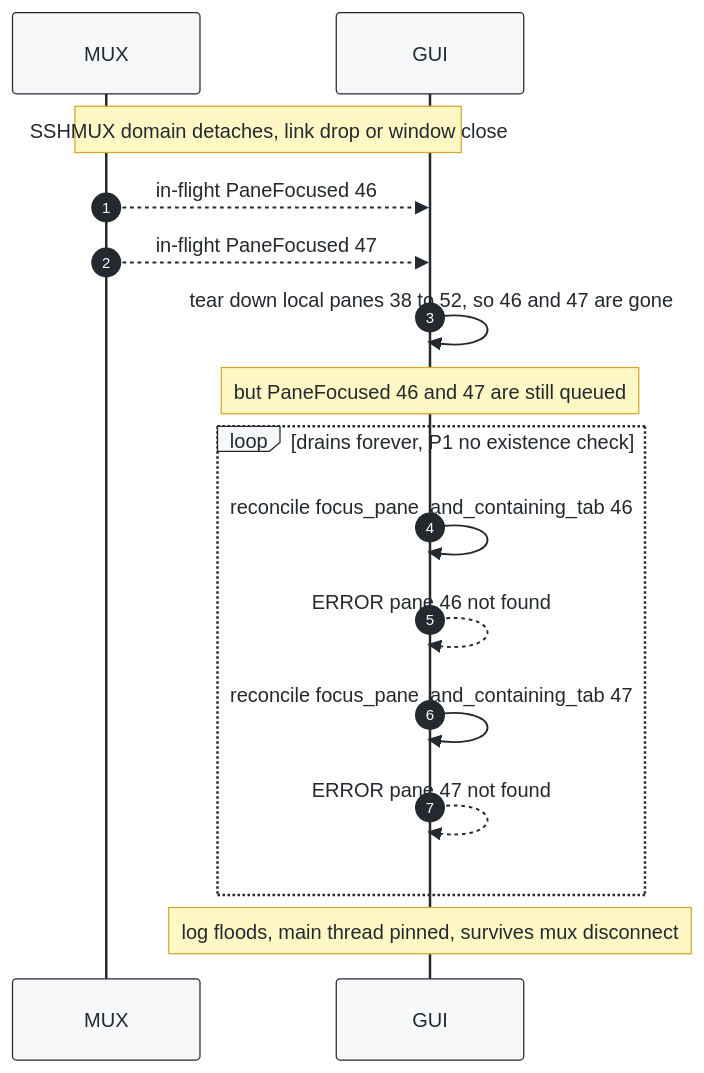
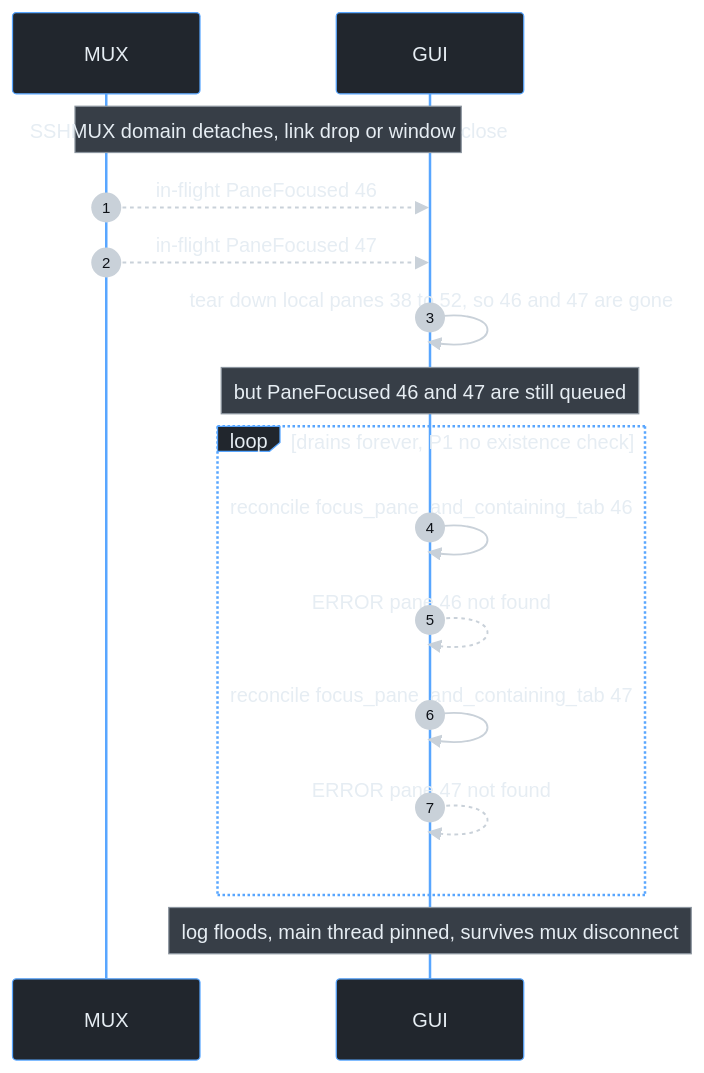
One commit to ankitson/wezterm changed the second of 4 diagrams in investigations/sshmux-panefocused-storm/DIAGRAMS.md. Above: the diagram before and after it, drawn with Mermaid. The commit also changed other lines of this file, not shown here.

First line of the commit message:
docs: fix PaneFocused diagram colors for dark background

````diff
--- a/investigations/sshmux-panefocused-storm/DIAGRAMS.md
+++ b/investigations/sshmux-panefocused-storm/DIAGRAMS.md
@@ -72,20 +72,20 @@
 ```mermaid
-%%{init: {'theme':'base','themeVariables':{'background':'#ffffff','primaryColor':'#f6f8fa','primaryTextColor':'#24292f','primaryBorderColor':'#24292f','lineColor':'#24292f','actorBkg':'#f6f8fa','actorBorder':'#24292f','actorTextColor':'#24292f','signalColor':'#24292f','signalTextColor':'#24292f','noteBkgColor':'#fff8c5','noteTextColor':'#24292f','noteBorderColor':'#d4a72c','loopTextColor':'#24292f','labelBoxBkgColor':'#f6f8fa','labelTextColor':'#24292f','sequenceNumberColor':'#ffffff'}}}%%
+%%{init: {'theme':'base','themeVariables':{'background':'#0d1117','primaryColor':'#21262d','primaryTextColor':'#e6edf3','primaryBorderColor':'#58a6ff','lineColor':'#c9d1d9','actorBkg':'#21262d','actorBorder':'#58a6ff','actorTextColor':'#e6edf3','signalColor':'#c9d1d9','signalTextColor':'#e6edf3','noteBkgColor':'#373e47','noteTextColor':'#e6edf3','noteBorderColor':'#8b949e','loopTextColor':'#e6edf3','labelBoxBkgColor':'#21262d','labelTextColor':'#e6edf3','sequenceNumberColor':'#0d1117'}}}%%
 sequenceDiagram
     autonumber
     participant S as MUX
     participant G as GUI
 
     Note over S,G: SSHMUX domain detaches, link drop or window close
     S-->>G: in-flight PaneFocused 46
     S-->>G: in-flight PaneFocused 47
     G->>G: tear down local panes 38 to 52, so 46 and 47 are gone
     Note over G: but PaneFocused 46 and 47 are still queued
     loop drains forever, P1 no existence check
         G->>G: reconcile focus_pane_and_containing_tab 46
         G-->>G: ERROR pane 46 not found
         G->>G: reconcile focus_pane_and_containing_tab 47
         G-->>G: ERROR pane 47 not found
     end
     Note over G: log floods, main thread pinned, survives mux disconnect
 ```
````
